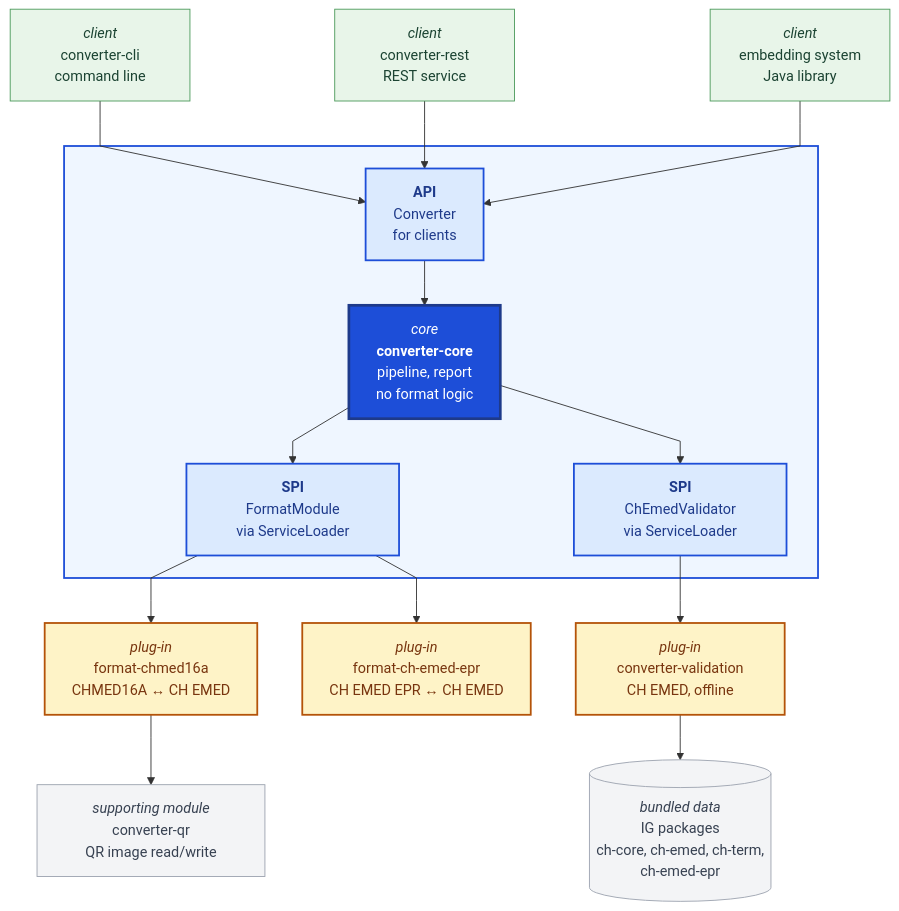
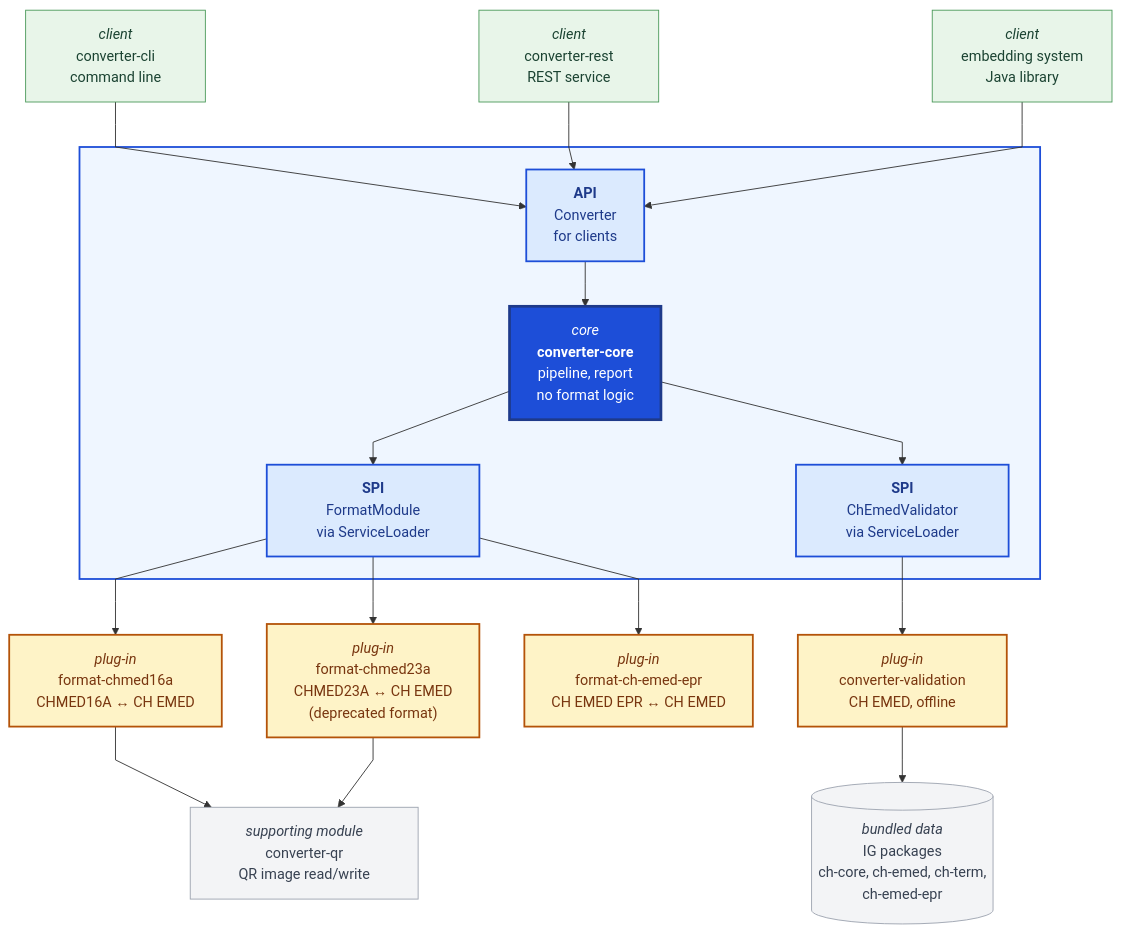
One commit to ehealthsuisse/ch-emed-converter changed the first of 4 diagrams in docs/architecture.md. Above: the diagram before and after it, drawn with Mermaid. The commit also changed other lines of this file and 15 other files, not shown here.

````diff
--- a/docs/architecture.md
+++ b/docs/architecture.md
@@ -20,45 +20,48 @@
 ```mermaid
 %%{init: {"flowchart": {"curve": "linear", "wrappingWidth": 400}, "markdownAutoWrap": false, "themeVariables": {"fontFamily": "Arial, Helvetica, sans-serif"}}}%%
 flowchart TB
     CLI["<i>             client             </i><br/>converter-cli<br/>command line"]
     REST["<i>             client             </i><br/>converter-rest<br/>REST service"]
     EMB["<i>             client             </i><br/>embedding system<br/>Java library"]
 
     subgraph core[" "]
         API["<b>API</b><br/>Converter<br/>for clients"]
         PIPE["<i>core</i><br/><b>converter-core</b><br/>pipeline, report<br/>no format logic"]
         SPIF["<b>                   SPI                   </b><br/>FormatModule<br/>via ServiceLoader"]
         SPIV["<b>                   SPI                   </b><br/>ChEmedValidator<br/>via ServiceLoader"]
     end
 
     FMT["<i>                plug-in                </i><br/>format-chmed16a<br/>CHMED16A ↔ CH EMED"]
+    FMT23["<i>                plug-in                </i><br/>format-chmed23a<br/>CHMED23A ↔ CH EMED<br/>(deprecated format)"]
     EPRM["<i>                plug-in                </i><br/>format-ch-emed-epr<br/>CH EMED EPR ↔ CH EMED"]
     VAL["<i>                plug-in                </i><br/>converter-validation<br/>CH EMED, offline"]
     QR["<i>        supporting module        </i><br/>converter-qr<br/>QR image read/write"]
     PKG[("<i>bundled data</i><br/>IG packages<br/>ch-core, ch-emed, ch-term,<br/>ch-emed-epr")]
 
     CLI --> API
     REST --> API
     EMB --> API
     API --> PIPE
     PIPE --> SPIF
     PIPE --> SPIV
     SPIF --> FMT
+    SPIF --> FMT23
     SPIF --> EPRM
     SPIV --> VAL
     FMT --> QR
+    FMT23 --> QR
     VAL --> PKG
 
     classDef client fill:#e8f5e9,stroke:#4c9a5b,color:#1b4332
     classDef port fill:#dbeafe,stroke:#1d4ed8,stroke-width:2px,color:#1e3a8a
     classDef corenode fill:#1d4ed8,stroke:#1e3a8a,stroke-width:3px,color:#ffffff
     classDef plugin fill:#fef3c7,stroke:#b45309,stroke-width:2px,color:#78350f
     classDef ext fill:#f3f4f6,stroke:#9ca3af,color:#374151
 
     class CLI,REST,EMB client
     class API,SPIF,SPIV port
     class PIPE corenode
-    class FMT,EPRM,VAL plugin
+    class FMT,FMT23,EPRM,VAL plugin
     class QR,PKG ext
     style core fill:#eff6ff,stroke:#1d4ed8,stroke-width:2px
 ```
````
